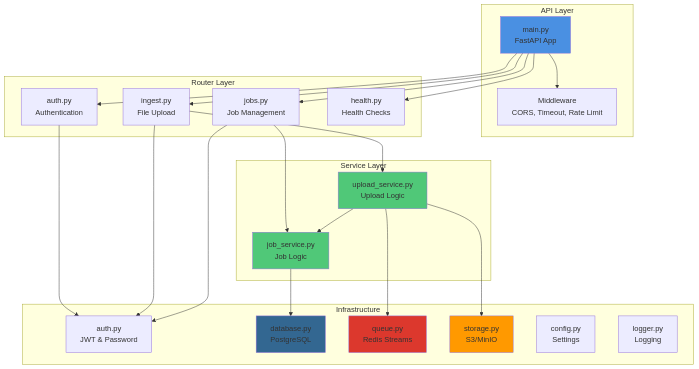
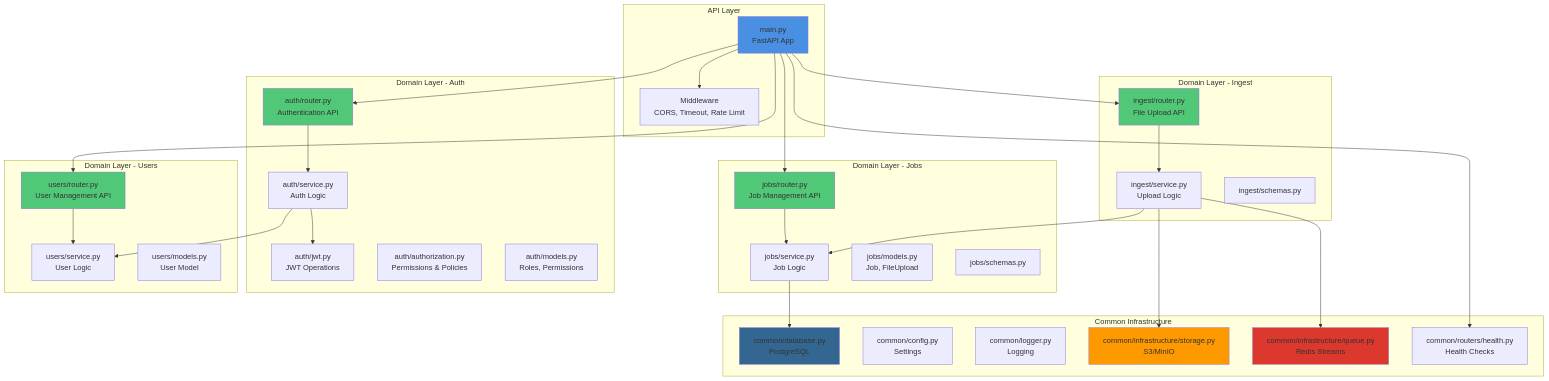
Before and after one commit to kietitmo/kietitmo-log-analytic-platform: diagram 12 of 15 in ingest-service/README.md, drawn with Mermaid. The commit also changed other lines of this file and 83 other files, not shown here.

Commit message:
refactor ingest-service

````diff
--- a/ingest-service/README.md
+++ b/ingest-service/README.md
@@ -831,53 +988,71 @@
 ```mermaid
 graph TB
     subgraph "API Layer"
         Main[main.py<br/>FastAPI App]
         Middleware[Middleware<br/>CORS, Timeout, Rate Limit]
     end
     
-    subgraph "Router Layer"
-        IngestR[ingest.py<br/>File Upload]
-        JobsR[jobs.py<br/>Job Management]
-        AuthR[auth.py<br/>Authentication]
-        HealthR[health.py<br/>Health Checks]
+    subgraph "Domain Layer - Ingest"
+        IngestR[ingest/router.py<br/>File Upload API]
+        UploadS[ingest/service.py<br/>Upload Logic]
+        IngestSchemas[ingest/schemas.py]
     end
     
-    subgraph "Service Layer"
-        UploadS[upload_service.py<br/>Upload Logic]
-        JobS[job_service.py<br/>Job Logic]
+    subgraph "Domain Layer - Jobs"
+        JobsR[jobs/router.py<br/>Job Management API]
+        JobS[jobs/service.py<br/>Job Logic]
+        JobModels[jobs/models.py<br/>Job, FileUpload]
+        JobSchemas[jobs/schemas.py]
     end
     
-    subgraph "Infrastructure"
-        AuthM[auth.py<br/>JWT & Password]
-        DB[database.py<br/>PostgreSQL]
-        Queue[queue.py<br/>Redis Streams]
-        Storage[storage.py<br/>S3/MinIO]
-        Config[config.py<br/>Settings]
-        Logger[logger.py<br/>Logging]
+    subgraph "Domain Layer - Auth"
+        AuthR[auth/router.py<br/>Authentication API]
+        AuthS[auth/service.py<br/>Auth Logic]
+        AuthJWT[auth/jwt.py<br/>JWT Operations]
+        AuthAuthz[auth/authorization.py<br/>Permissions & Policies]
+        AuthModels[auth/models.py<br/>Roles, Permissions]
+    end
+    
+    subgraph "Domain Layer - Users"
+        UsersR[users/router.py<br/>User Management API]
+        UsersS[users/service.py<br/>User Logic]
+        UserModels[users/models.py<br/>User Model]
+    end
+    
+    subgraph "Common Infrastructure"
+        CommonDB[common/database.py<br/>PostgreSQL]
+        CommonConfig[common/config.py<br/>Settings]
+        CommonLogger[common/logger.py<br/>Logging]
+        Storage[common/infrastructure/storage.py<br/>S3/MinIO]
+        Queue[common/infrastructure/queue.py<br/>Redis Streams]
+        HealthR[common/routers/health.py<br/>Health Checks]
     end
     
     Main --> Middleware
     Main --> IngestR
     Main --> JobsR
     Main --> AuthR
+    Main --> UsersR
     Main --> HealthR
     
     IngestR --> UploadS
     JobsR --> JobS
-    AuthR --> AuthM
+    AuthR --> AuthS
+    UsersR --> UsersS
     
     UploadS --> JobS
     UploadS --> Storage
     UploadS --> Queue
-    JobS --> DB
-    
-    IngestR --> AuthM
-    JobsR --> AuthM
+    JobS --> CommonDB
+    AuthS --> AuthJWT
+    AuthS --> UsersS
     
     style Main fill:#4A90E2
-    style UploadS fill:#50C878
-    style JobS fill:#50C878
-    style DB fill:#336791
+    style IngestR fill:#50C878
+    style JobsR fill:#50C878
+    style AuthR fill:#50C878
+    style UsersR fill:#50C878
+    style CommonDB fill:#336791
     style Queue fill:#DC382D
     style Storage fill:#FF9900
 ```
````
